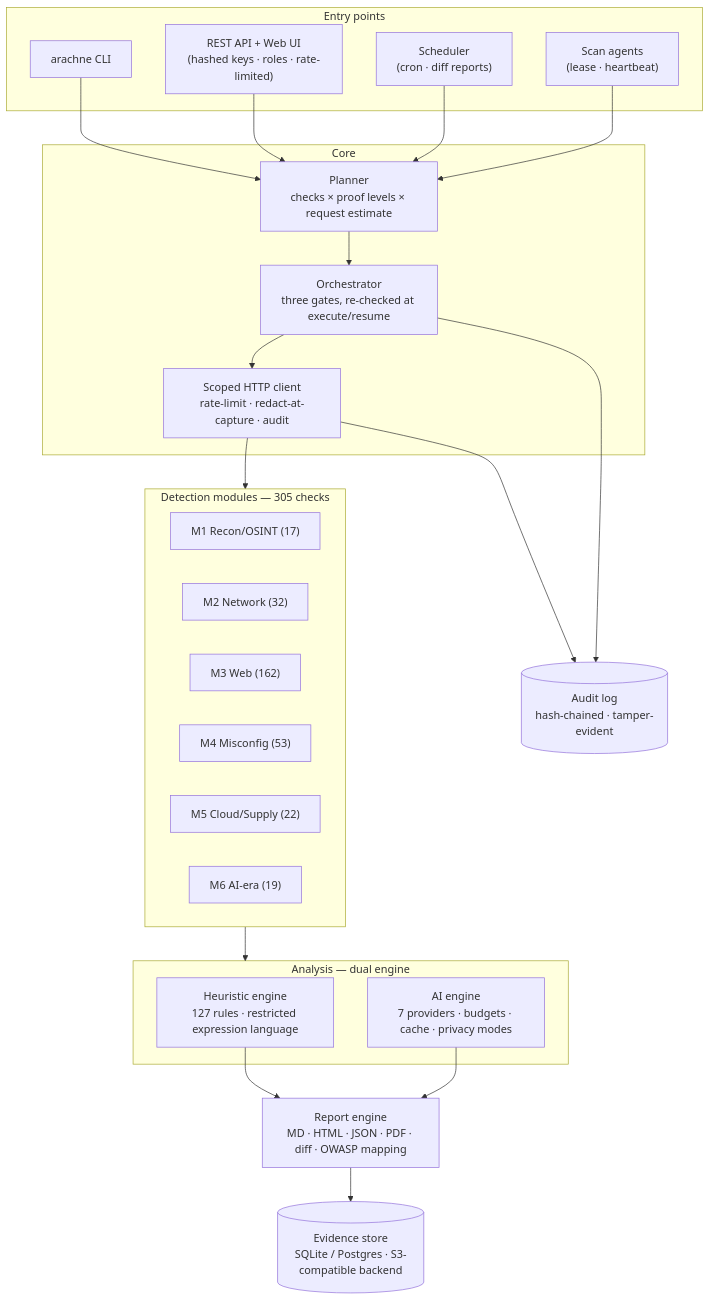
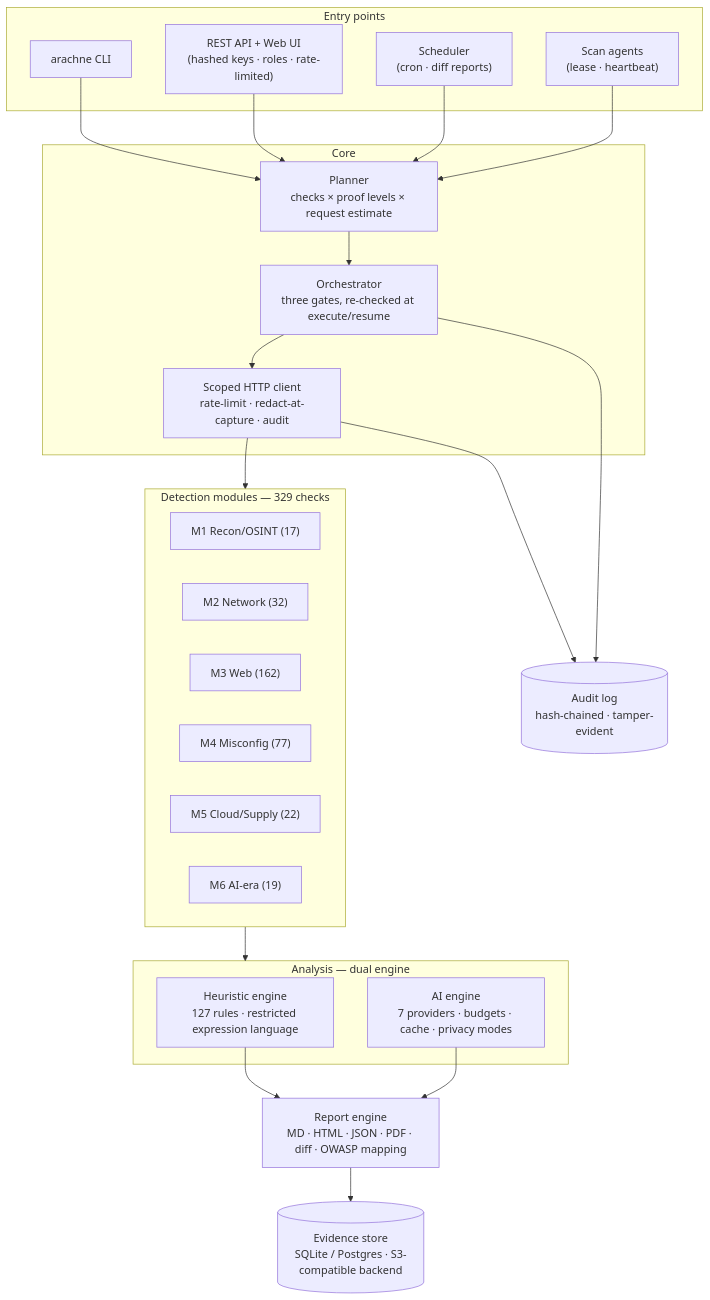
The first of 5 diagrams in docs/architecture.md (0xFE1C/ARACHNE), drawn with Mermaid before and after one commit. The commit also changed other lines of this file and 22 other files, not shown here.

````diff
--- a/docs/architecture.md
+++ b/docs/architecture.md
@@ -12,47 +12,47 @@
 ```mermaid
 flowchart TB
     subgraph entry["Entry points"]
         CLI["arachne CLI"]
         API["REST API + Web UI<br/>(hashed keys · roles · rate-limited)"]
         SCH["Scheduler<br/>(cron · diff reports)"]
         AGT["Scan agents<br/>(lease · heartbeat)"]
     end
 
     subgraph core["Core"]
         PLN["Planner<br/>checks × proof levels × request estimate"]
         ORC["Orchestrator<br/>three gates, re-checked at execute/resume"]
         HTTP["Scoped HTTP client<br/>rate-limit · redact-at-capture · audit"]
     end
 
-    subgraph det["Detection modules — 305 checks"]
+    subgraph det["Detection modules — 329 checks"]
         M1["M1 Recon/OSINT (17)"]
         M2["M2 Network (32)"]
         M3["M3 Web (162)"]
-        M4["M4 Misconfig (53)"]
+        M4["M4 Misconfig (77)"]
         M5["M5 Cloud/Supply (22)"]
         M6["M6 AI-era (19)"]
     end
 
     subgraph ana["Analysis — dual engine"]
         HEUR["Heuristic engine<br/>127 rules · restricted expression language"]
         AIE["AI engine<br/>7 providers · budgets · cache · privacy modes"]
     end
 
     REP["Report engine<br/>MD · HTML · JSON · PDF · diff · OWASP mapping"]
     EVID[("Evidence store<br/>SQLite / Postgres · S3-compatible backend")]
     AUD[("Audit log<br/>hash-chained · tamper-evident")]
 
     CLI --> PLN
     API --> PLN
     SCH --> PLN
     AGT --> PLN
     PLN --> ORC
     ORC --> HTTP
     HTTP --> det
     det --> ana
     HEUR --> REP
     AIE --> REP
     REP --> EVID
     HTTP --> AUD
     ORC --> AUD
 ```
````
